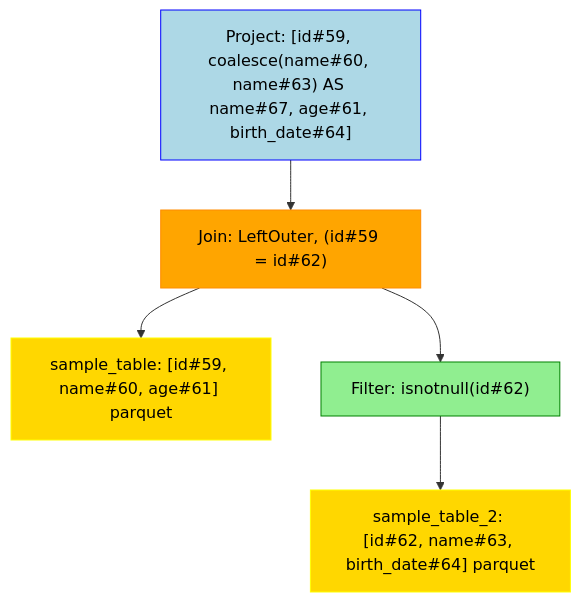
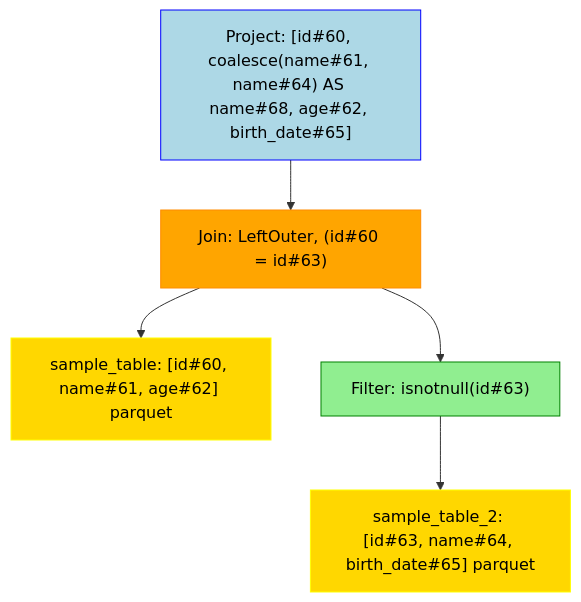
The diagram in data/visualization/join_left.mmd (NielkNetraam/explainalyzed), drawn with Mermaid before and after one commit. The commit also changed 61 other files, not shown here.

```diff
--- a/data/visualization/join_left.mmd
+++ b/data/visualization/join_left.mmd
@@ -1,19 +1,19 @@
 flowchart TD
     classDef PROJECT stroke:Blue,fill:LightBlue,color:black
     classDef FILTER stroke:Green,fill:LightGreen,color:black
     classDef UNION stroke:Purple,fill:Violet,color:black
     classDef JOIN stroke:DarkOrange,fill:Orange,color:black
     classDef RELATION stroke:Yellow,fill:Gold,color:black
     classDef AGGREGATE stroke:Brown,fill:Chocolate,color:black
     classDef WINDOW stroke:Aqua,fill:Cyan,color:black
 
-    Project#00001["Project: [id#59, coalesce(name#60, name#63) AS name#67, age#61, birth_date#64]"]:::PROJECT
-    Join#00002["Join: LeftOuter, (id#59 = id#62)"]:::JOIN
-    Relation#00003["sample_table: [id#59, name#60, age#61] parquet"]:::RELATION
-    Filter#00004["Filter: isnotnull(id#62)"]:::FILTER
-    Relation#00005["sample_table_2: [id#62, name#63, birth_date#64] parquet"]:::RELATION
+    Project#00001["Project: [id#60, coalesce(name#61, name#64) AS name#68, age#62, birth_date#65]"]:::PROJECT
+    Join#00002["Join: LeftOuter, (id#60 = id#63)"]:::JOIN
+    Relation#00003["sample_table: [id#60, name#61, age#62] parquet"]:::RELATION
+    Filter#00004["Filter: isnotnull(id#63)"]:::FILTER
+    Relation#00005["sample_table_2: [id#63, name#64, birth_date#65] parquet"]:::RELATION
 
     Project#00001 --> Join#00002
         Join#00002 --> Relation#00003
         Join#00002 --> Filter#00004
             Filter#00004 --> Relation#00005
```
